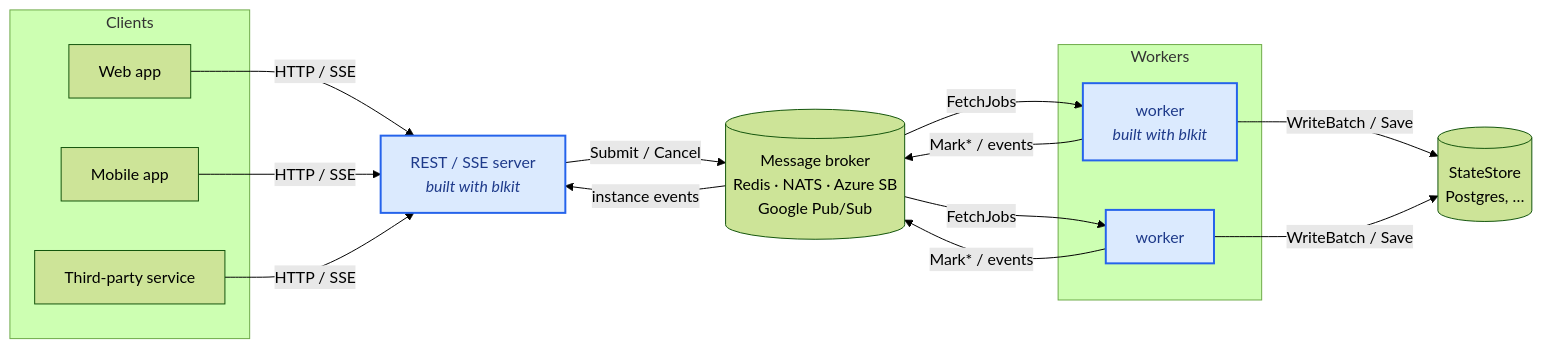
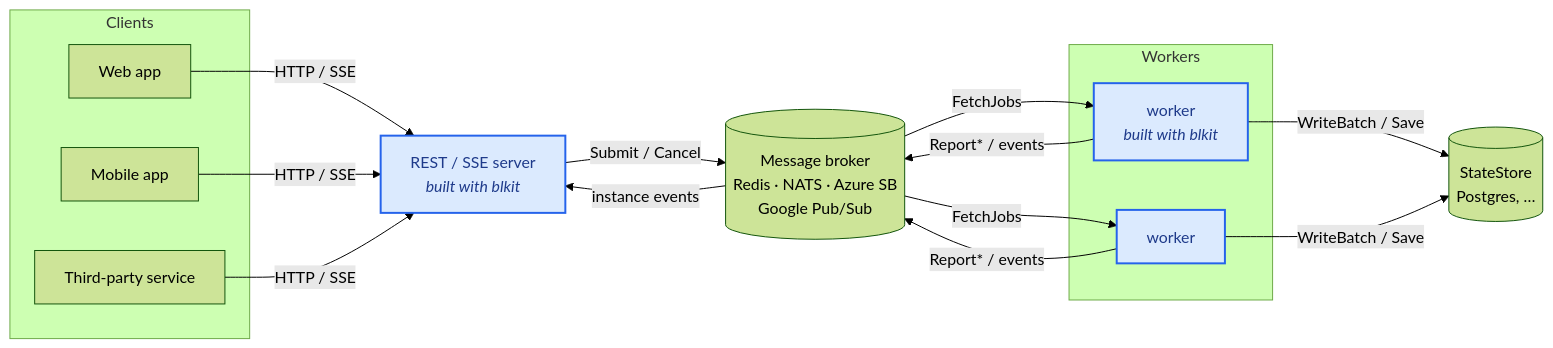
The first of 2 diagrams in README.md (friendly-business-machines/blkit), drawn with Mermaid (forest theme) before and after one commit. The commit also changed other lines of this file and 29 other files, not shown here.

````diff
--- a/README.md
+++ b/README.md
@@ -273,37 +274,37 @@
 ```mermaid
 flowchart LR
     subgraph Clients["Clients"]
         Web["Web app"]
         Mobile["Mobile app"]
         Svc["Third-party service"]
     end
 
     REST["REST / SSE server<br/><i>built with blkit</i>"]
 
     Broker[("Message broker<br/>Redis · NATS · Azure SB<br/>Google Pub/Sub")]
 
     subgraph Workers["Workers"]
         W1["worker<br/><i>built with blkit</i>"]
         W2["worker"]
     end
 
     Store[("StateStore<br/>Postgres, …")]
 
     Web -->|"HTTP / SSE"| REST
     Mobile -->|"HTTP / SSE"| REST
     Svc -->|"HTTP / SSE"| REST
 
     REST -->|"Submit / Cancel"| Broker
     Broker -->|"instance events"| REST
 
     Broker -->|"FetchJobs"| W1
     Broker -->|"FetchJobs"| W2
-    W1 -->|"Mark* / events"| Broker
-    W2 -->|"Mark* / events"| Broker
+    W1 -->|"Report* / events"| Broker
+    W2 -->|"Report* / events"| Broker
 
     W1 -->|"WriteBatch / Save"| Store
     W2 -->|"WriteBatch / Save"| Store
 
     classDef blkit fill:#dbeafe,stroke:#2563eb,stroke-width:2px,color:#1e3a8a;
     class REST,W1,W2 blkit;
 ```
````
